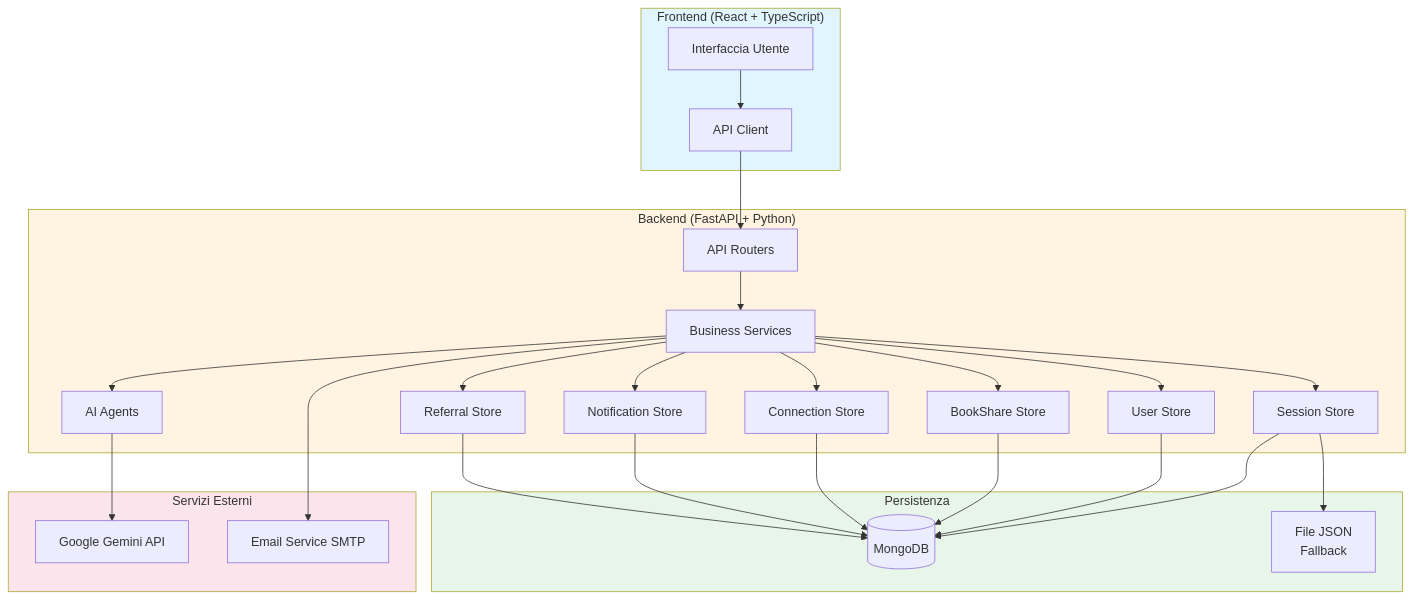
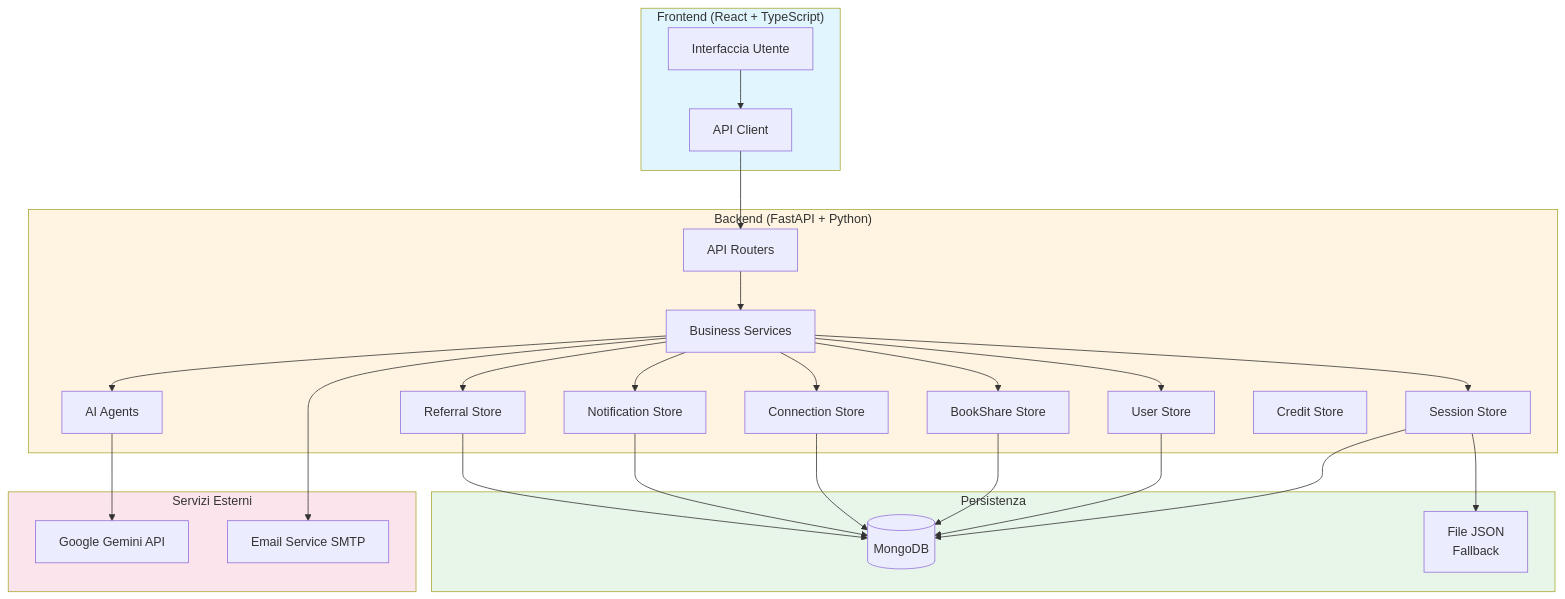
One commit to ErPokerino/book_generator changed the first of 4 diagrams in docs/TECNICA.md. Above: the diagram before and after it, drawn with Mermaid. The commit also changed other lines of this file and 18 other files, not shown here.

````diff
--- a/docs/TECNICA.md
+++ b/docs/TECNICA.md
@@ -21,54 +21,55 @@
 ```mermaid
 graph TB
     subgraph Client["Frontend (React + TypeScript)"]
         UI[Interfaccia Utente]
         API_Client[API Client]
     end
     
     subgraph Server["Backend (FastAPI + Python)"]
         Router[API Routers]
         Services[Business Services]
         Agents[AI Agents]
         SessionStore[Session Store]
         UserStore[User Store]
         BookShareStore[BookShare Store]
         ConnectionStore[Connection Store]
         NotificationStore[Notification Store]
         ReferralStore[Referral Store]
+        CreditStore[Credit Store]
     end
     
     subgraph Storage["Persistenza"]
         MongoDB[(MongoDB)]
         FileStore[File JSON<br/>Fallback]
     end
     
     subgraph External["Servizi Esterni"]
         Gemini[Google Gemini API]
         EmailService[Email Service SMTP]
     end
     
     UI --> API_Client
     API_Client --> Router
     Router --> Services
     Services --> Agents
     Agents --> Gemini
     Services --> SessionStore
     Services --> UserStore
     Services --> BookShareStore
     Services --> ConnectionStore
     Services --> NotificationStore
     Services --> ReferralStore
     Services --> EmailService
     SessionStore --> MongoDB
     SessionStore --> FileStore
     UserStore --> MongoDB
     BookShareStore --> MongoDB
     ConnectionStore --> MongoDB
     NotificationStore --> MongoDB
     ReferralStore --> MongoDB
     
     style Client fill:#e1f5ff
     style Server fill:#fff4e1
     style Storage fill:#e8f5e9
     style External fill:#fce4ec
 ```
````
